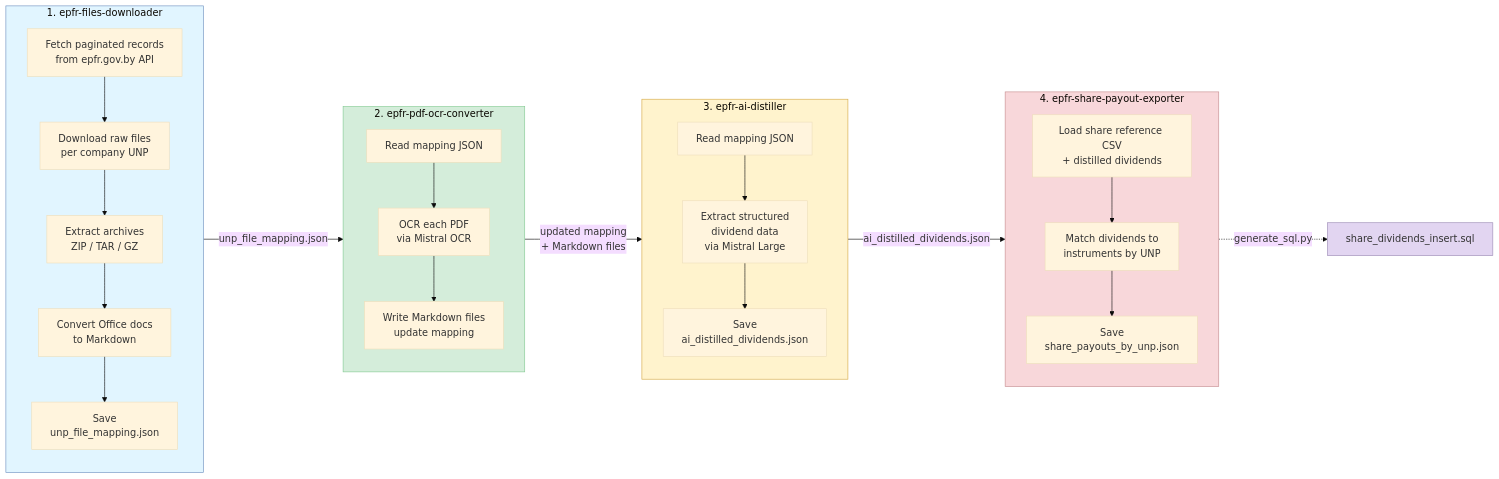
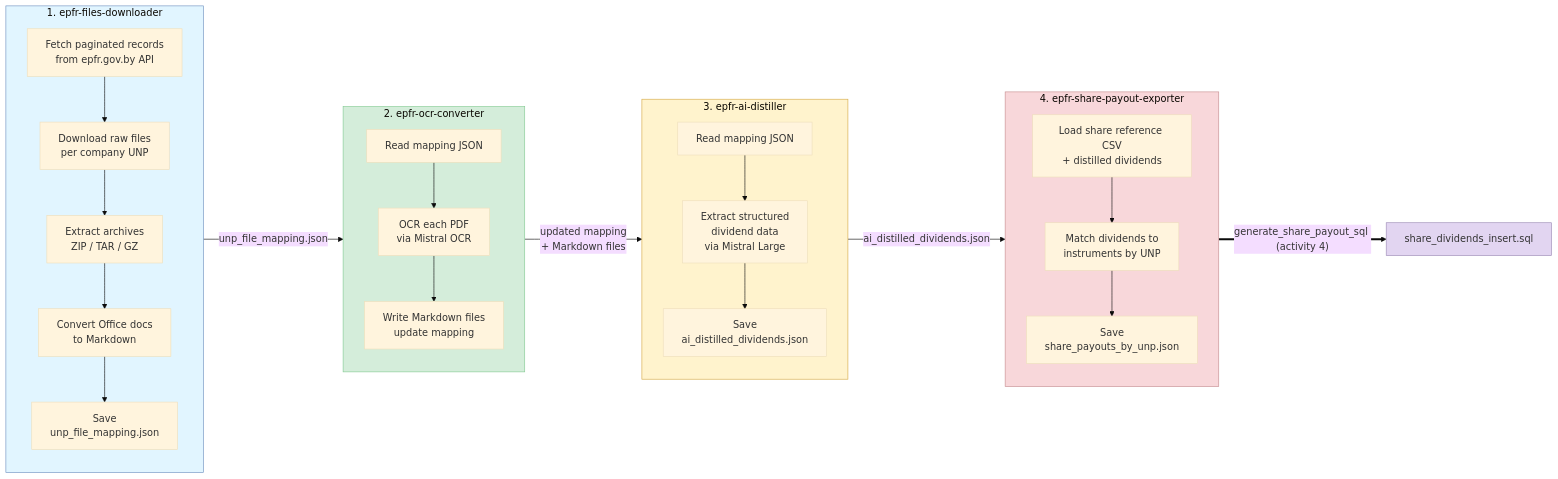
One commit to Red-Panda-Dev/workflows changed the diagram in README.md. Above: the diagram before and after it, drawn with Mermaid (base theme). The commit also changed other lines of this file and 1 other file, not shown here.

First line of the commit message:
docs: correct stale pipeline refs in readme and architecture

````diff
--- a/README.md
+++ b/README.md
@@ -61,40 +61,40 @@
 ```mermaid
 flowchart LR
     subgraph W1["1. epfr-files-downloader"]
         direction TB
         A1["Fetch paginated records\nfrom epfr.gov.by API"] --> A2["Download raw files\nper company UNP"]
         A2 --> A3["Extract archives\nZIP / TAR / GZ"]
         A3 --> A4["Convert Office docs\nto Markdown"]
         A4 --> A5["Save\nunp_file_mapping.json"]
     end
 
-    subgraph W2["2. epfr-pdf-ocr-converter"]
+    subgraph W2["2. epfr-ocr-converter"]
         direction TB
         B1["Read mapping JSON"] --> B2["OCR each PDF\nvia Mistral OCR"]
         B2 --> B3["Write Markdown files\nupdate mapping"]
     end
 
     subgraph W3["3. epfr-ai-distiller"]
         direction TB
         C1["Read mapping JSON"] --> C2["Extract structured\ndividend data\nvia Mistral Large"]
         C2 --> C3["Save\nai_distilled_dividends.json"]
     end
 
     subgraph W4["4. epfr-share-payout-exporter"]
         direction TB
         D1["Load share reference CSV\n+ distilled dividends"] --> D2["Match dividends to\ninstruments by UNP"]
         D2 --> D3["Save\nshare_payouts_by_unp.json"]
     end
 
     W1 -->|"unp_file_mapping.json"| W2
     W2 -->|"updated mapping\n+ Markdown files"| W3
     W3 -->|"ai_distilled_dividends.json"| W4
 
-    W4 -.->|"generate_sql.py"| SQL["share_dividends_insert.sql"]
+    W4 ==>|"generate_share_payout_sql (activity 4)"| SQL["share_dividends_insert.sql"]
 
     style W1 fill:#e1f5ff,stroke:#6c8ebf
     style W2 fill:#d4edda,stroke:#82c991
     style W3 fill:#fff3cd,stroke:#d4a843
     style W4 fill:#f8d7da,stroke:#c58c8f
     style SQL fill:#e2d5f1,stroke:#9b8bb4
 ```
````
